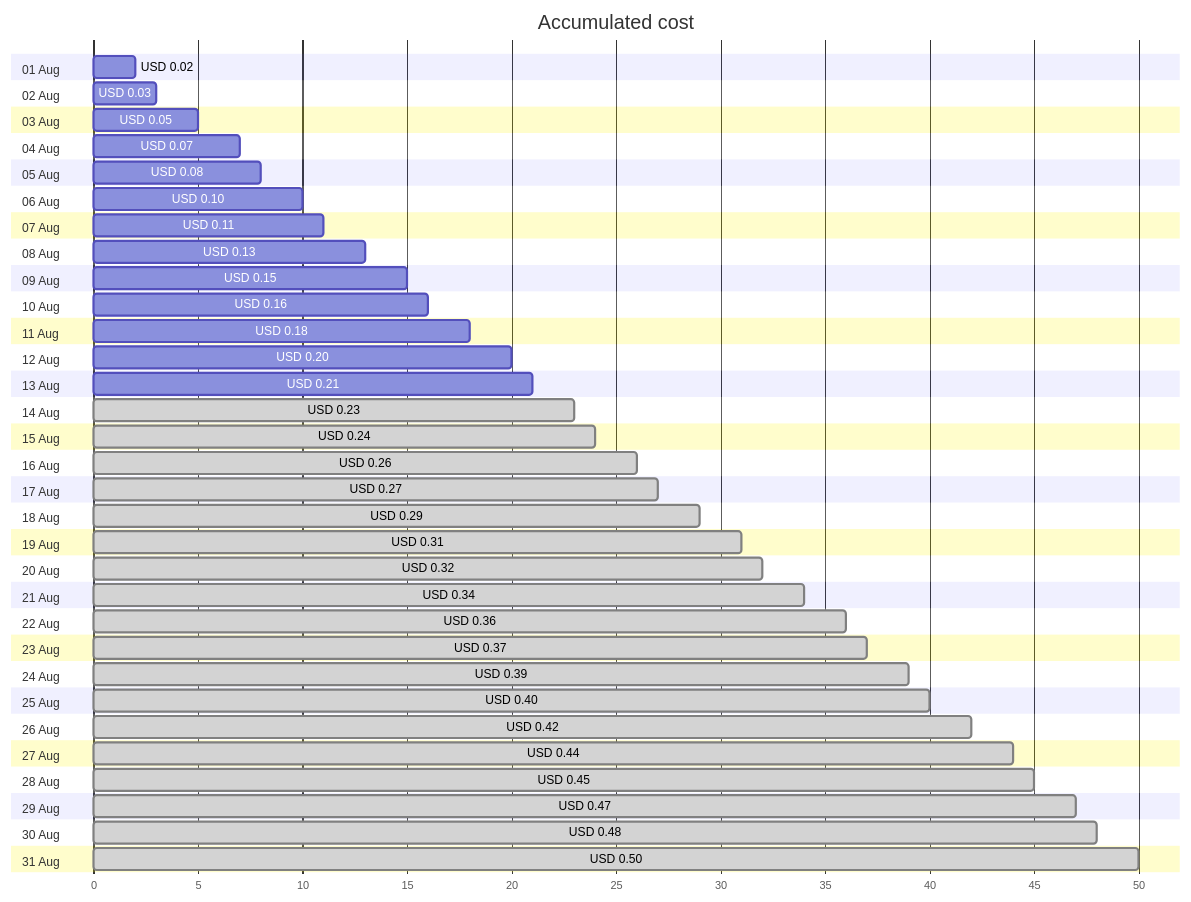
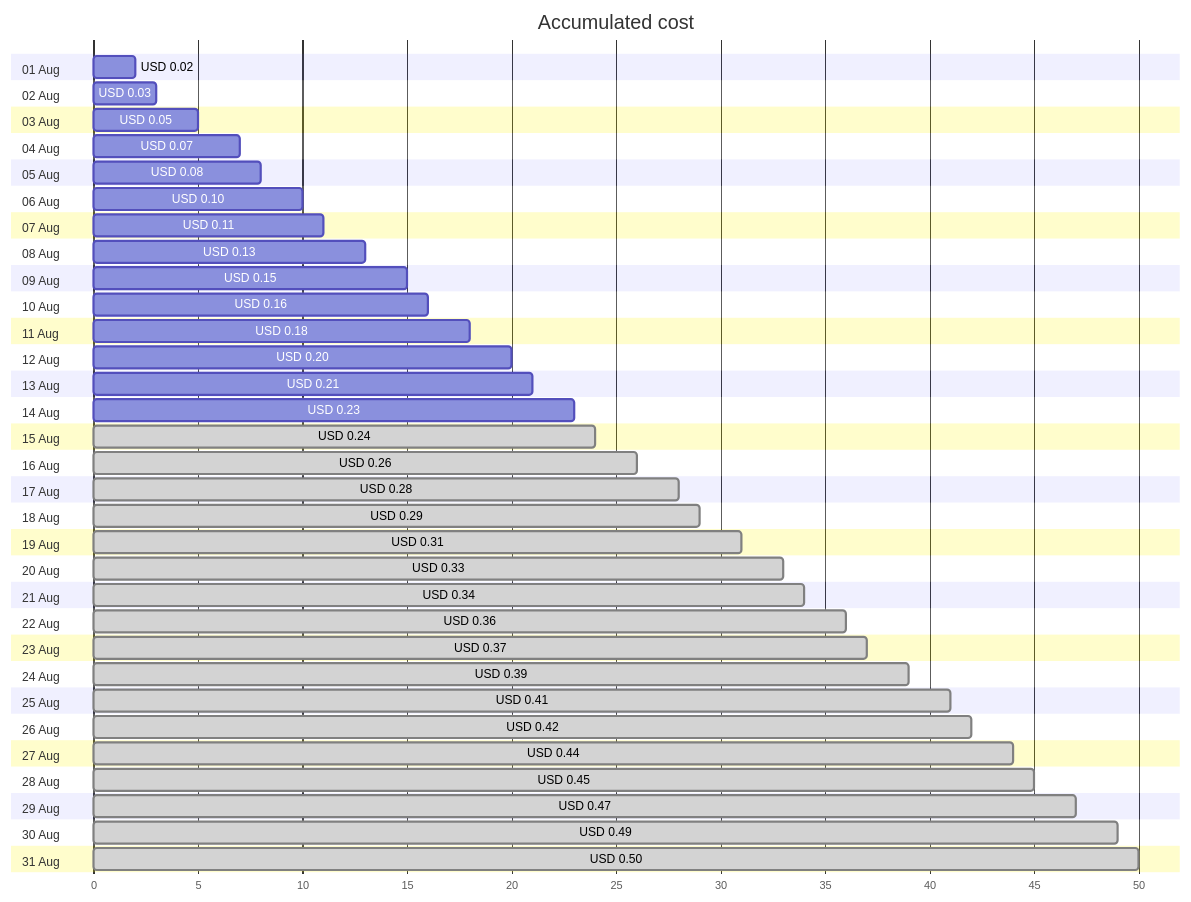
Before and after one commit to jpfulton/azure-personal-reports: the first of 4 diagrams in cost-reports/personal-dns/jpatrickfulton.com.md, drawn with Mermaid. The commit also changed other lines of this file and 2 other files, not shown here.

````diff
--- a/cost-reports/personal-dns/jpatrickfulton.com.md
+++ b/cost-reports/personal-dns/jpatrickfulton.com.md
@@ -20,68 +20,68 @@
 ```mermaid
 gantt
    title Accumulated cost
    dateFormat  X
    axisFormat %s
    section 01 Aug
    USD 0.02 :0, 2
    section 02 Aug
    USD 0.03 :0, 3
    section 03 Aug
    USD 0.05 :0, 5
    section 04 Aug
    USD 0.07 :0, 7
    section 05 Aug
    USD 0.08 :0, 8
    section 06 Aug
    USD 0.10 :0, 10
    section 07 Aug
    USD 0.11 :0, 11
    section 08 Aug
    USD 0.13 :0, 13
    section 09 Aug
    USD 0.15 :0, 15
    section 10 Aug
    USD 0.16 :0, 16
    section 11 Aug
    USD 0.18 :0, 18
    section 12 Aug
    USD 0.20 :0, 20
    section 13 Aug
    USD 0.21 :0, 21
    section 14 Aug
-   USD 0.23 : done, 0, 23
+   USD 0.23 :0, 23
    section 15 Aug
    USD 0.24 : done, 0, 24
    section 16 Aug
    USD 0.26 : done, 0, 26
    section 17 Aug
-   USD 0.27 : done, 0, 27
+   USD 0.28 : done, 0, 28
    section 18 Aug
    USD 0.29 : done, 0, 29
    section 19 Aug
    USD 0.31 : done, 0, 31
    section 20 Aug
-   USD 0.32 : done, 0, 32
+   USD 0.33 : done, 0, 33
    section 21 Aug
    USD 0.34 : done, 0, 34
    section 22 Aug
    USD 0.36 : done, 0, 36
    section 23 Aug
    USD 0.37 : done, 0, 37
    section 24 Aug
    USD 0.39 : done, 0, 39
    section 25 Aug
-   USD 0.40 : done, 0, 40
+   USD 0.41 : done, 0, 41
    section 26 Aug
    USD 0.42 : done, 0, 42
    section 27 Aug
    USD 0.44 : done, 0, 44
    section 28 Aug
    USD 0.45 : done, 0, 45
    section 29 Aug
    USD 0.47 : done, 0, 47
    section 30 Aug
-   USD 0.48 : done, 0, 48
+   USD 0.49 : done, 0, 49
    section 31 Aug
    USD 0.50 : done, 0, 50
 ```
````
